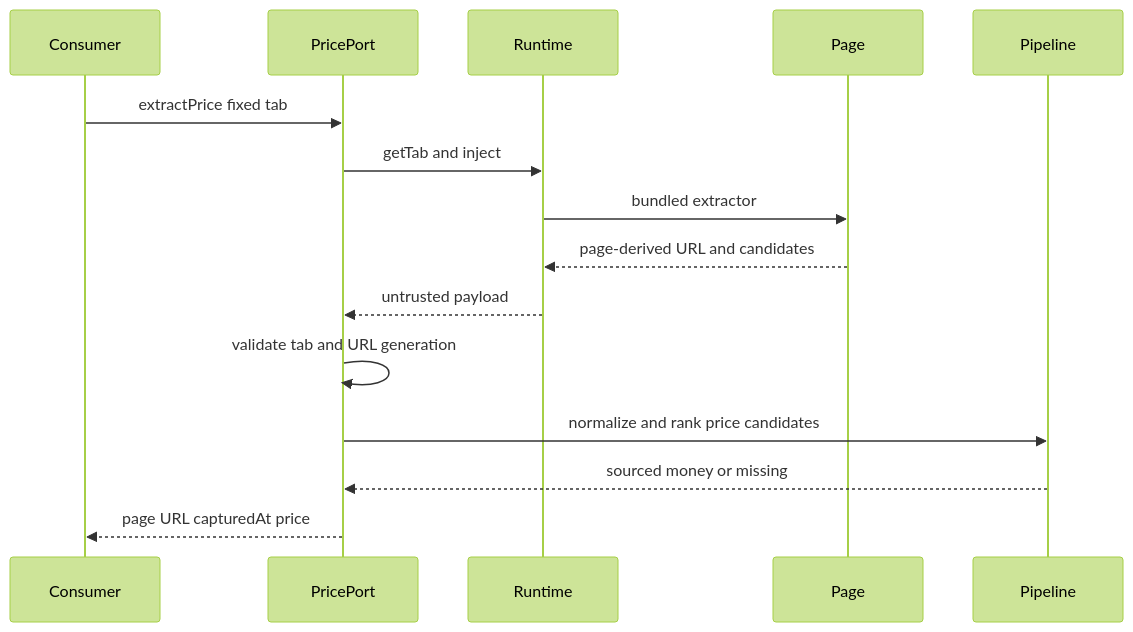
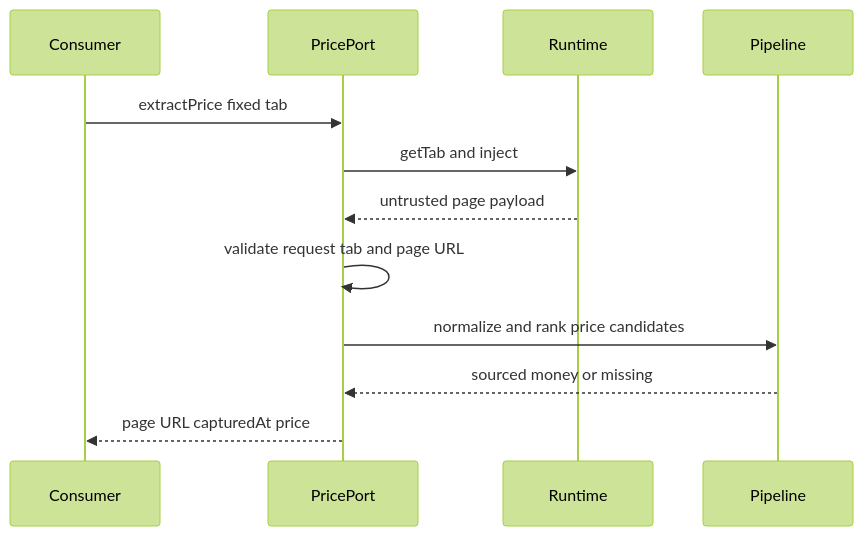
One commit to Huruikagi/pc-build-planner changed the third of 3 diagrams in .kiro/specs/product-page-capture/design.md. Above: the diagram before and after it, drawn with Mermaid (forest theme). The commit also changed other lines of this file and 58 other files, not shown here.

````diff
--- a/.kiro/specs/product-page-capture/design.md
+++ b/.kiro/specs/product-page-capture/design.md
@@ -162,17 +185,14 @@
 ```mermaid
 sequenceDiagram
     participant Consumer
     participant PricePort
     participant Runtime
-    participant Page
     participant Pipeline
     Consumer->>PricePort: extractPrice fixed tab
     PricePort->>Runtime: getTab and inject
-    Runtime->>Page: bundled extractor
-    Page-->>Runtime: page-derived URL and candidates
-    Runtime-->>PricePort: untrusted payload
-    PricePort->>PricePort: validate tab and URL generation
+    Runtime-->>PricePort: untrusted page payload
+    PricePort->>PricePort: validate request tab and page URL
     PricePort->>Pipeline: normalize and rank price candidates
     Pipeline-->>PricePort: sourced money or missing
     PricePort-->>Consumer: page URL capturedAt price
 ```
````
